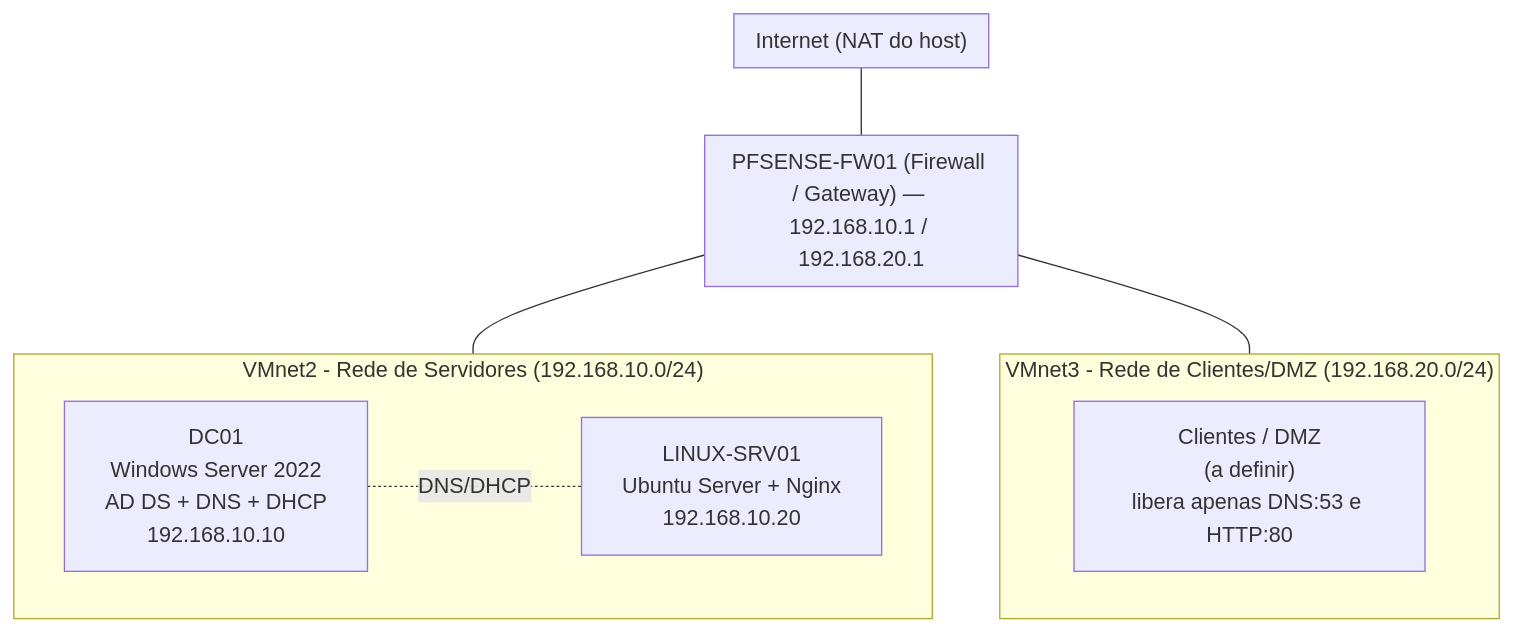
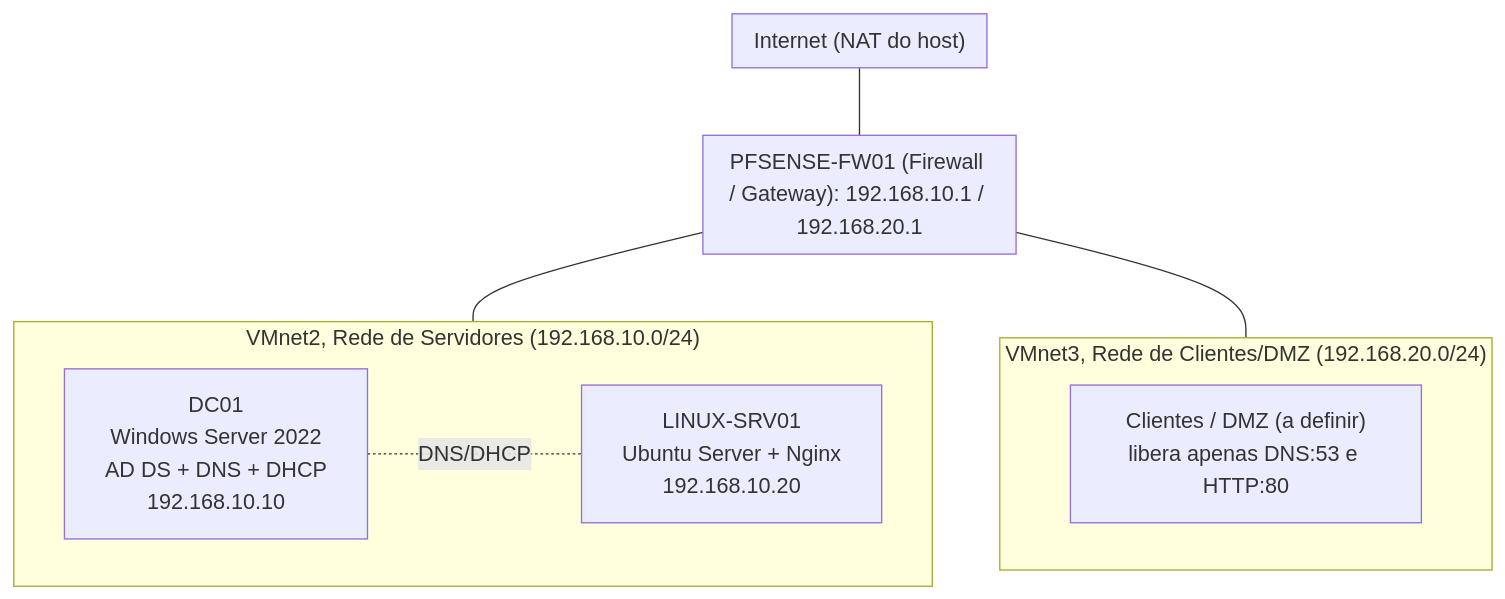
Before and after one commit to LucasAmaro1/home-datacenter-lab: the diagram in README.md, drawn with Mermaid. The commit also changed other lines of this file, not shown here.

````diff
--- a/README.md
+++ b/README.md
@@ -17,22 +15,22 @@
 ```mermaid
 graph TB
     subgraph Internet["Internet (NAT do host)"]
     end
 
-    subgraph pfSense["PFSENSE-FW01 (Firewall / Gateway) — 192.168.10.1 / 192.168.20.1"]
+    subgraph pfSense["PFSENSE-FW01 (Firewall / Gateway): 192.168.10.1 / 192.168.20.1"]
     end
 
-    subgraph VMnet2["VMnet2 - Rede de Servidores (192.168.10.0/24)"]
+    subgraph VMnet2["VMnet2, Rede de Servidores (192.168.10.0/24)"]
         DC01["DC01<br/>Windows Server 2022<br/>AD DS + DNS + DHCP<br/>192.168.10.10"]
         LINUX["LINUX-SRV01<br/>Ubuntu Server + Nginx<br/>192.168.10.20"]
     end
 
-    subgraph VMnet3["VMnet3 - Rede de Clientes/DMZ (192.168.20.0/24)"]
-        CLIENTS["Clientes / DMZ<br/>(a definir)<br/>libera apenas DNS:53 e HTTP:80"]
+    subgraph VMnet3["VMnet3, Rede de Clientes/DMZ (192.168.20.0/24)"]
+        CLIENTS["Clientes / DMZ (a definir)<br/>libera apenas DNS:53 e HTTP:80"]
     end
 
     Internet --- pfSense
     pfSense --- VMnet2
     pfSense --- VMnet3
     DC01 -.DNS/DHCP.- LINUX
 ```
````
